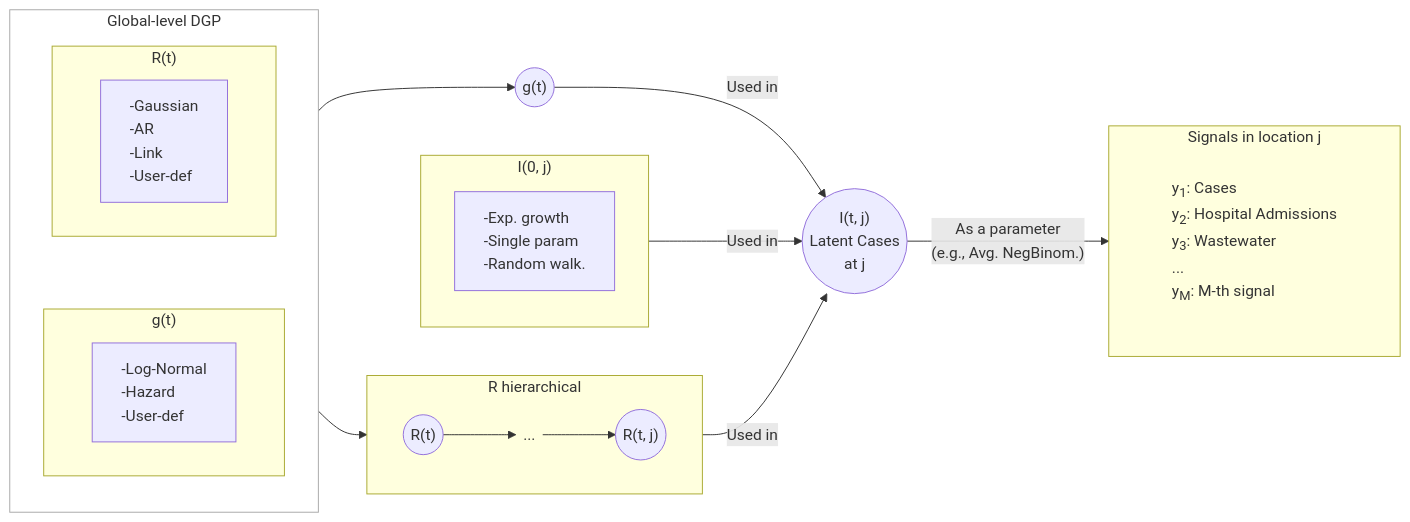
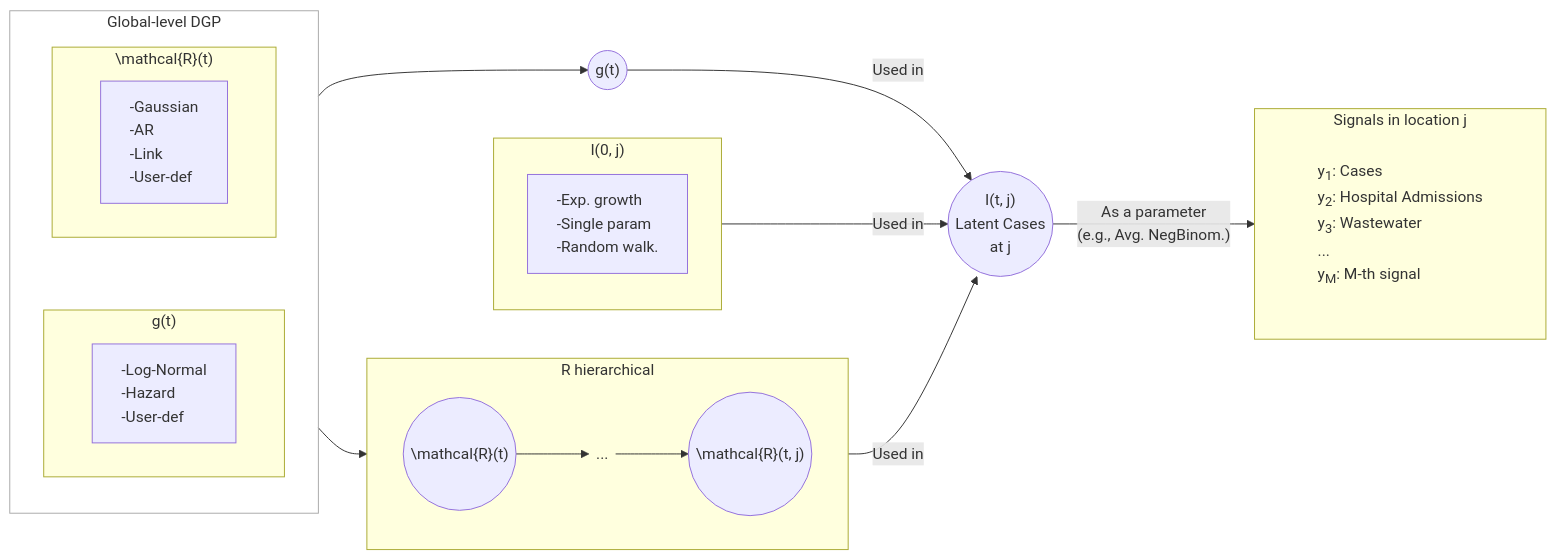
Before and after one commit to CDCgov/PyRenew: the diagram in equations.md, drawn with Mermaid. The commit also changed 4 other files, not shown here.

````diff
--- a/equations.md
+++ b/equations.md
@@ -175,61 +175,61 @@
 ```{mermaid}
 flowchart LR
 
   %% Global level DGP ----------------------------------------------------------
   subgraph dgp_global["Global-level DGP"]
 
     direction TB
 
-    subgraph rt["R(t)"]
+    subgraph rt["\mathcal{R}(t)"]
       rt_elements["-Gaussian\n-AR\n-Link\n-User-def"]
     end
     style rt_elements text-align:left
 
     subgraph gt["g(t)"]
       gt_elements["-Log-Normal\n-Hazard\n-User-def"]
     end
     style gt_elements text-align:left
 
   end
   rt ~~~ gt
 
   %% Local level DGP -----------------------------------------------------------
 
   it(("I(t, j)\nLatent Cases\nat j"))
 
   subgraph i0["I(0, j)"]
     i0_elements["-Exp. growth\n-Single param\n-Random walk."]
     style i0_elements text-align:left
   end
 
   subgraph signals["Signals in location j"]
     direction TB
     signals_elements["y<sub>1</sub>: Cases
     y<sub>2</sub>: Hospital Admissions
     y<sub>3</sub>: Wastewater
     ...
     y<sub>M</sub>: M-th signal"]
   end
   style signals_elements stroke-width:0px,fill:transparent,text-align:left;
   it --> |"As a parameter\n(e.g., Avg. NegBinom.)"| signals
   i0 --> |Used in| it
 
   %% Rt hierarchical process
   subgraph Rt_local["R hierarchical"]
 
     direction LR
 
-    Rt(("R(t)")) --> Rtdots(("..."))
-    Rtdots --> Rtj(("R(t, j)"))
+    Rt(("\mathcal{R}(t)")) --> Rtdots(("..."))
+    Rtdots --> Rtj(("\mathcal{R}(t, j)"))
     style Rtdots fill:transparent,stroke:transparent
   end
 
   dgp_global --> Rt_local
   dgp_global --> gt_local(("g(t)"))
 
   Rt_local --> |Used in| it
   gt_local --> |Used in| it
 
   classDef transparentClass fill:transparent,stroke:darkgray;
   class dgp_global,dgp_local_j transparentClass;
 ```
````
